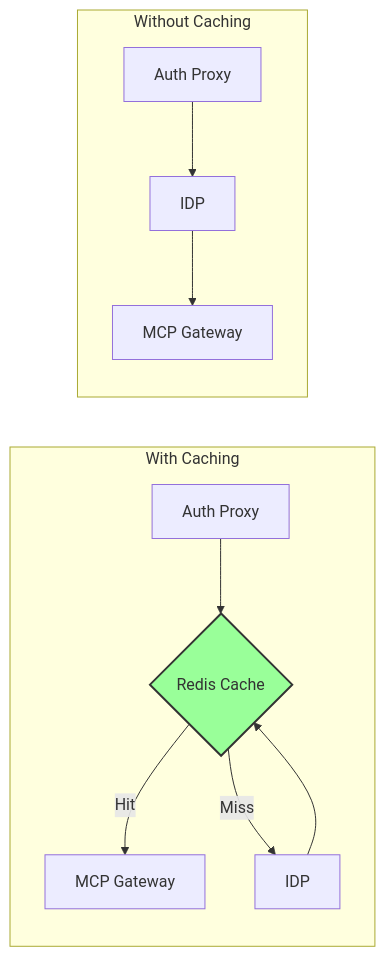
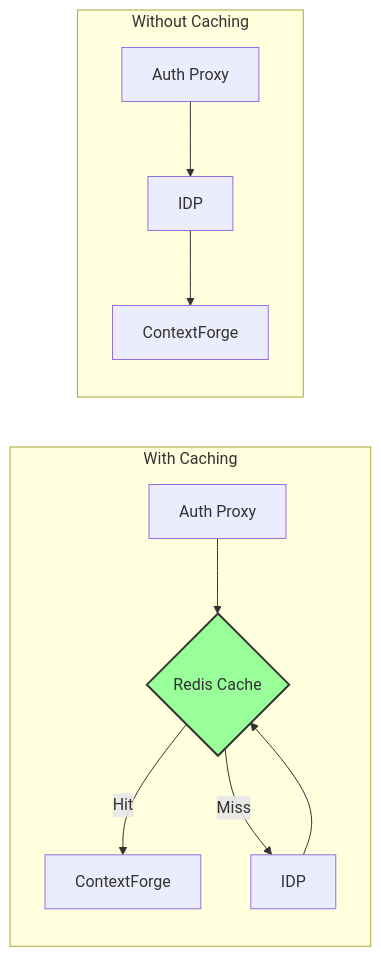
Before and after one commit to tedhabeck/mcp-context-forge: the tenth of 10 diagrams in docs/docs/manage/proxy.md, drawn with Mermaid. The commit also changed other lines of this file and 583 other files, not shown here.

First line of the commit message:
docs: rebrand to ContextForge AI Gateway (#3091)

````diff
--- a/docs/docs/manage/proxy.md
+++ b/docs/docs/manage/proxy.md
@@ -678,16 +678,16 @@
 ```mermaid
 graph LR
     subgraph "With Caching"
         Proxy1[Auth Proxy] --> Cache{Redis Cache}
-        Cache -->|Hit| Gateway1[MCP Gateway]
+        Cache -->|Hit| Gateway1[ContextForge]
         Cache -->|Miss| IDP1[IDP]
         IDP1 --> Cache
     end
 
     subgraph "Without Caching"
         Proxy2[Auth Proxy] --> IDP2[IDP]
-        IDP2 --> Gateway2[MCP Gateway]
+        IDP2 --> Gateway2[ContextForge]
     end
 
     style Cache fill:#9f9,stroke:#333,stroke-width:2px
 ```
````
